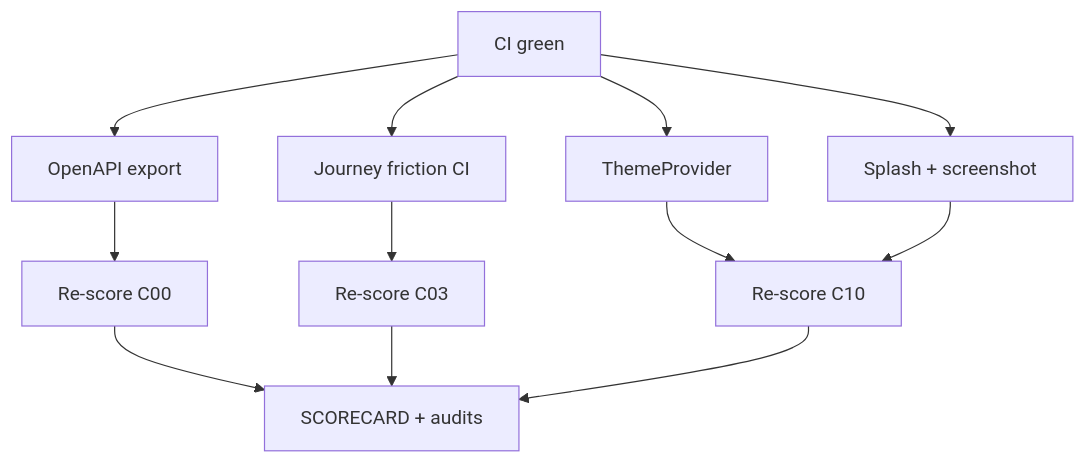
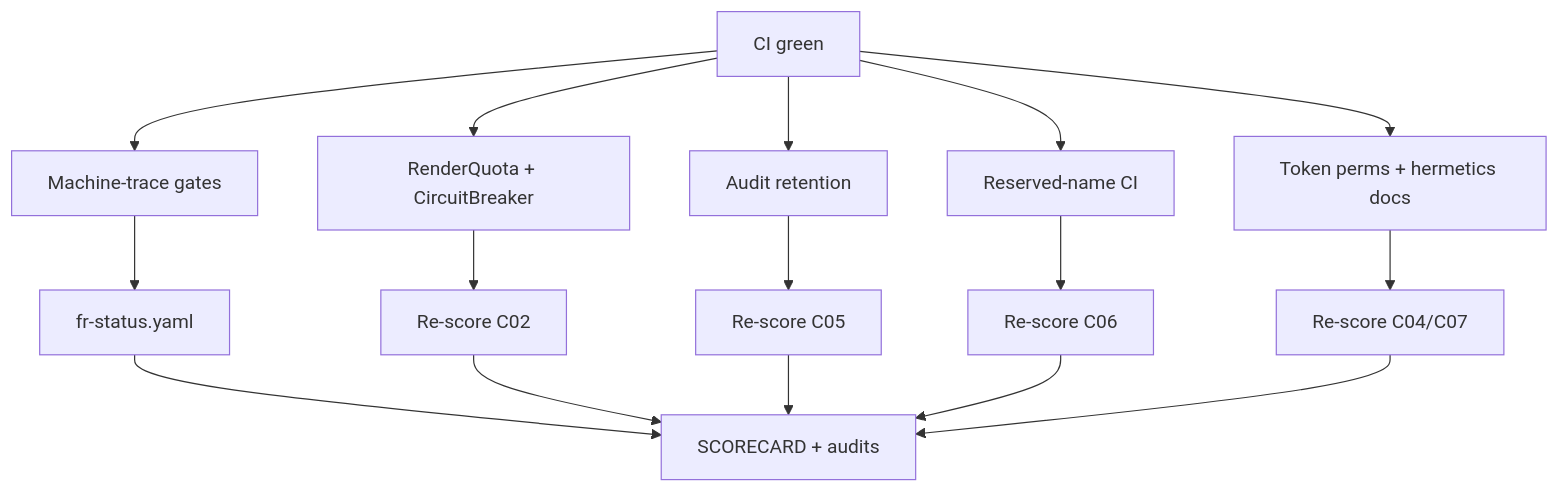
One commit to KooshaPari/Melosviz changed the diagram in docs/WORK_DAG.md. Above: the diagram before and after it, drawn with Mermaid. The commit also changed other lines of this file and 30 other files, not shown here.

First line of the commit message:
feat: machine-trace WBS/gap gates, bridge quotas/breaker, supply reserved-names

````diff
--- a/docs/WORK_DAG.md
+++ b/docs/WORK_DAG.md
@@ -5,14 +5,18 @@
 ```mermaid
 flowchart TD
-  A[CI green] --> B[OpenAPI export]
-  A --> C[Journey friction CI]
-  A --> D[ThemeProvider]
-  A --> E[Splash + screenshot]
-  B --> F[Re-score C00]
-  C --> G[Re-score C03]
-  D --> H[Re-score C10]
-  E --> H
-  F --> I[SCORECARD + audits]
-  G --> I
-  H --> I
+  A[CI green] --> B[Machine-trace gates]
+  A --> C[RenderQuota + CircuitBreaker]
+  A --> D[Audit retention]
+  A --> E[Reserved-name CI]
+  A --> F[Token perms + hermetics docs]
+  B --> G[fr-status.yaml]
+  C --> H[Re-score C02]
+  D --> I[Re-score C05]
+  E --> J[Re-score C06]
+  F --> K[Re-score C04/C07]
+  G --> L[SCORECARD + audits]
+  H --> L
+  I --> L
+  J --> L
+  K --> L
 ```
````
